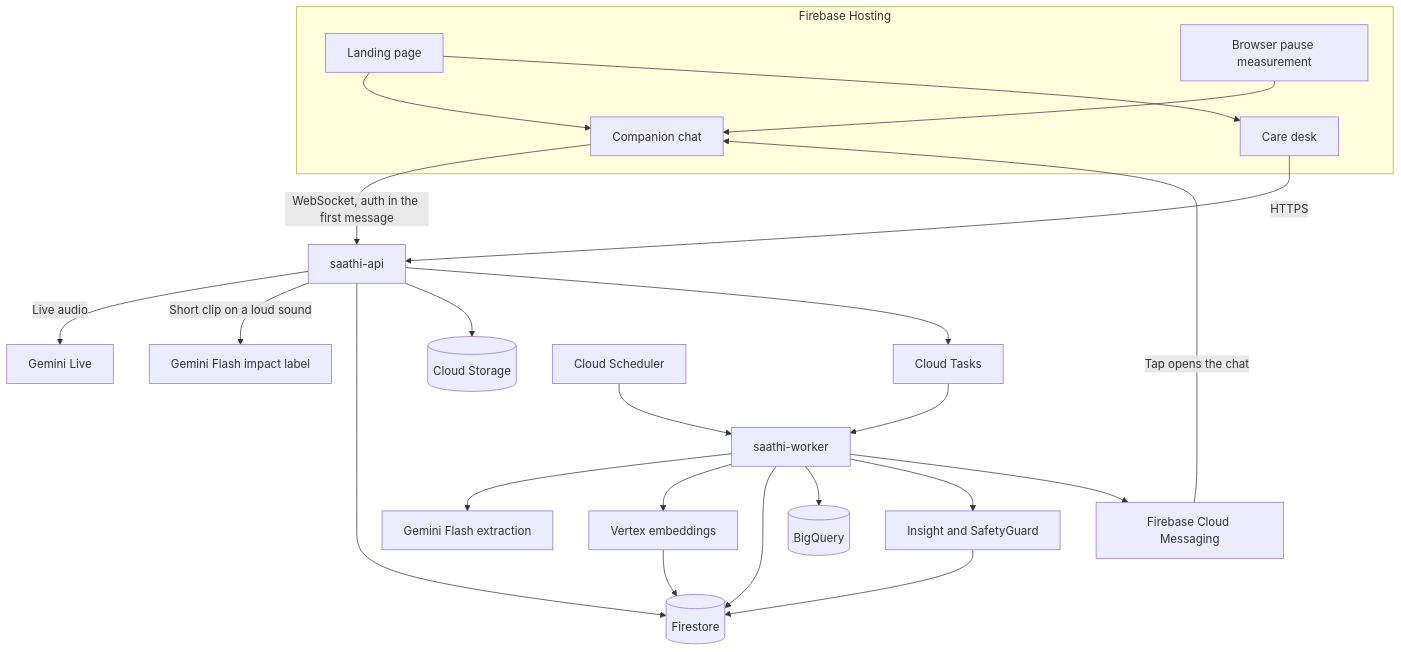
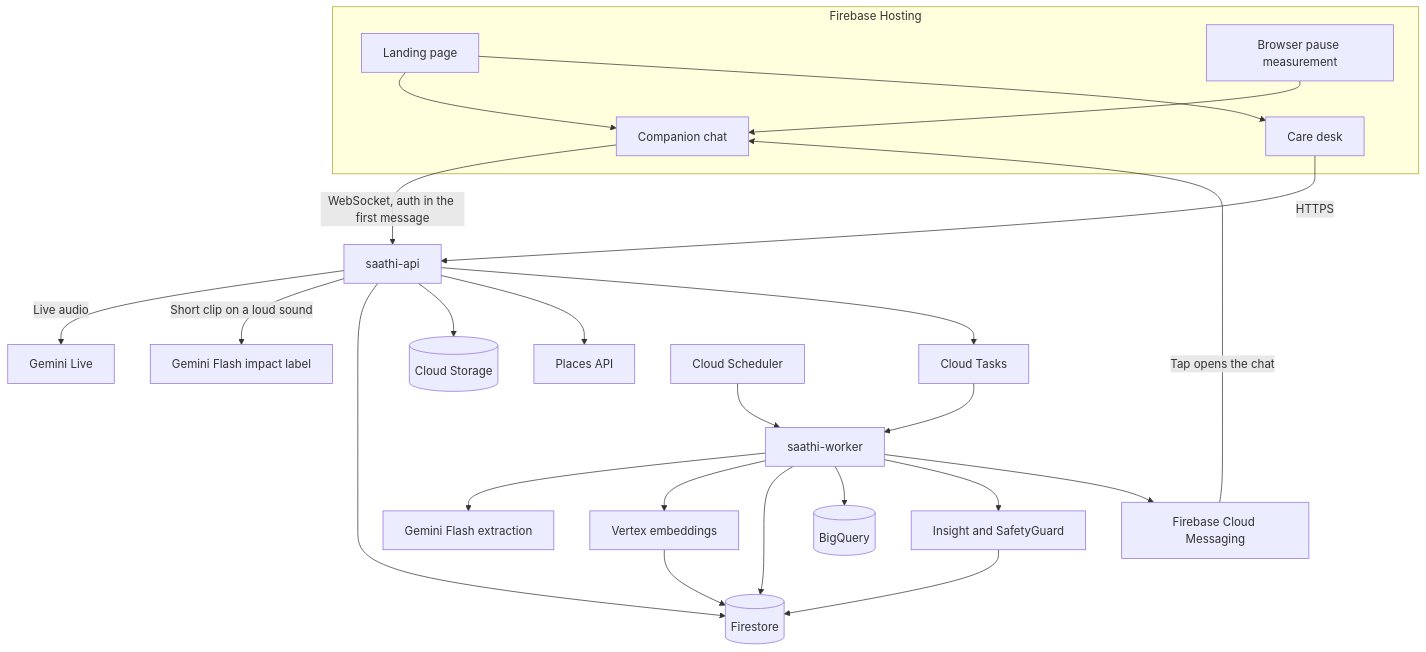
One commit to srushtipatil09/AI_Builder_Cup_2026 changed the first of 4 diagrams in docs/ARCHITECTURE.md. Above: the diagram before and after it, drawn with Mermaid. The commit also changed other lines of this file and 8 other files, not shown here.

````diff
--- a/docs/ARCHITECTURE.md
+++ b/docs/ARCHITECTURE.md
@@ -9,30 +9,31 @@
 ```mermaid
 flowchart TD
   subgraph browser [Firebase Hosting]
     land[Landing page]
     chat[Companion chat]
     desk[Care desk]
     meter[Browser pause measurement]
   end
   land --> chat
   land --> desk
   meter --> chat
   chat -->|WebSocket, auth in the first message| api[saathi-api]
   desk -->|HTTPS| api
   api -->|Live audio| live[Gemini Live]
   api -->|Short clip on a loud sound| flashNow[Gemini Flash impact label]
   api --> store[(Firestore)]
   api --> media[(Cloud Storage)]
+  api --> places[Places API]
   api --> tasks[Cloud Tasks]
   clock[Cloud Scheduler] --> worker[saathi-worker]
   tasks --> worker
   worker --> flash[Gemini Flash extraction]
   worker --> embed[Vertex embeddings]
   embed --> store
   worker --> store
   worker --> bq[(BigQuery)]
   worker --> guard[Insight and SafetyGuard]
   guard --> store
   worker --> push[Firebase Cloud Messaging]
   push -->|Tap opens the chat| chat
 ```
````
